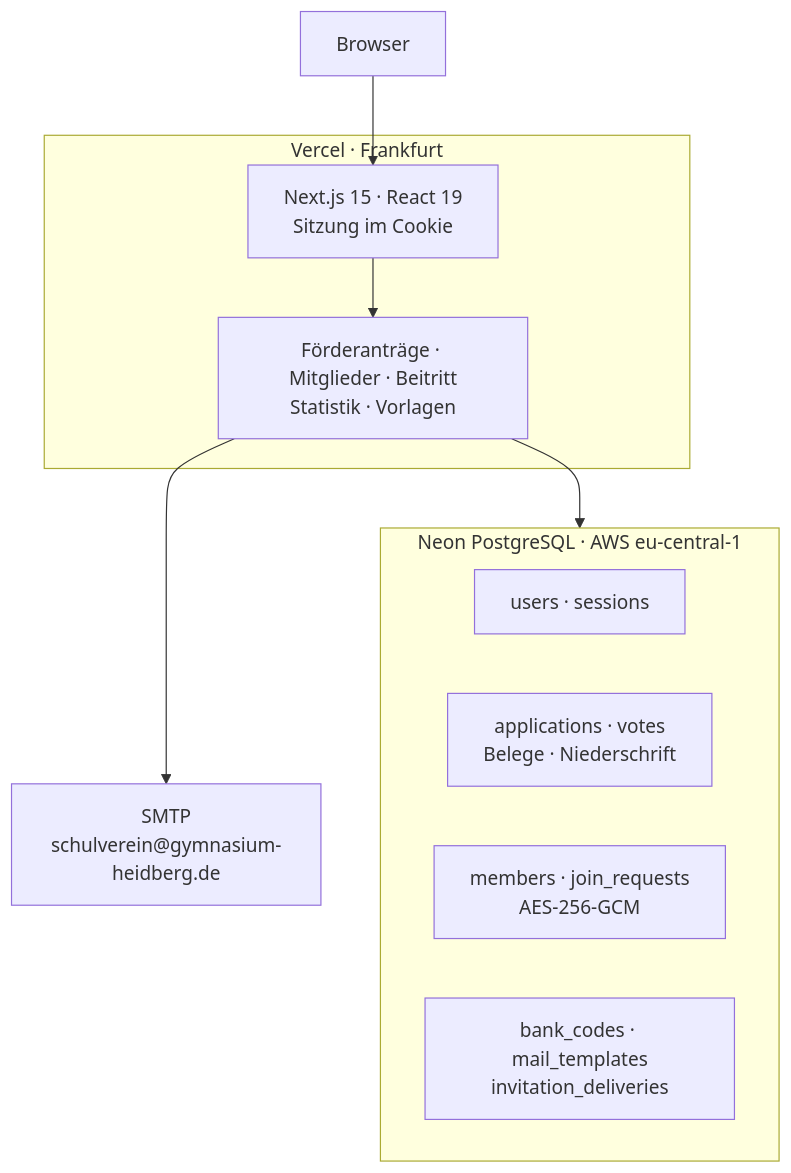
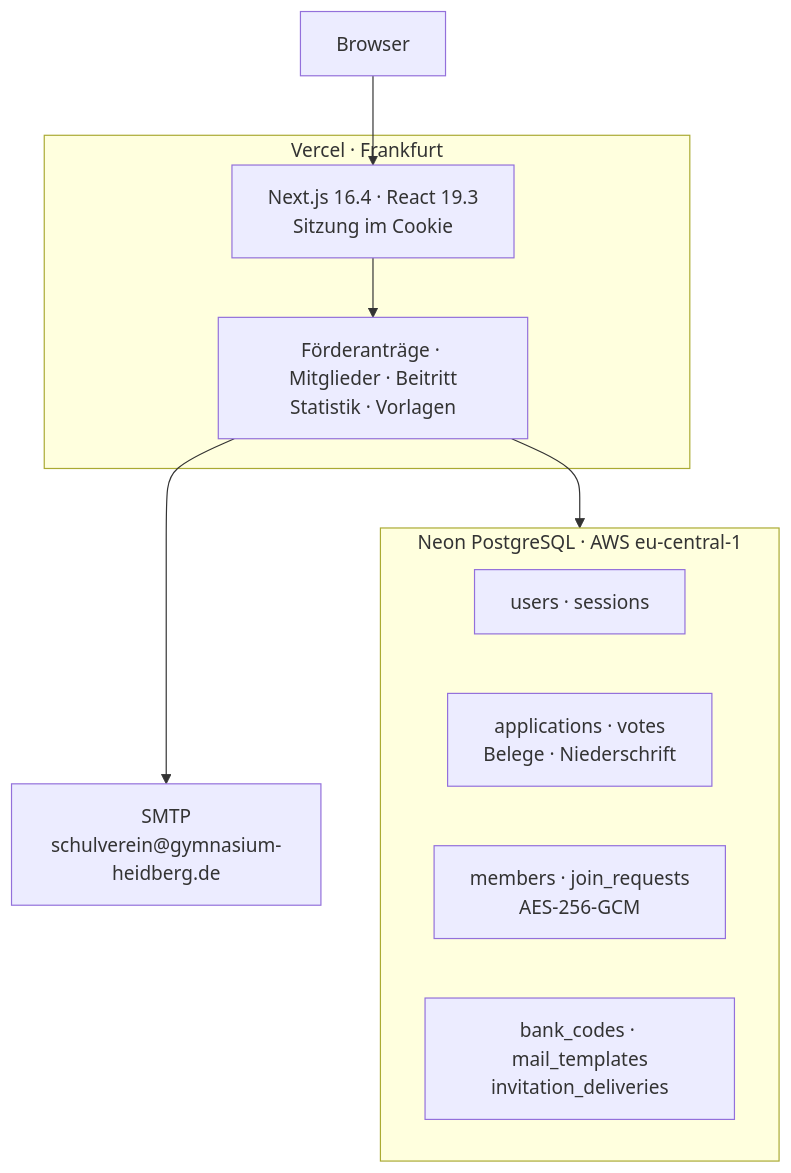
Before and after one commit to mariomuja/schulverein: the diagram in docs/architektur.mmd, drawn with Mermaid. The commit also changed 5 other files, not shown here.

Commit message:
Next.js, React, Bootstrap und pg stehen auf den aktuellen Versionen.

```diff
--- a/docs/architektur.mmd
+++ b/docs/architektur.mmd
@@ -1,18 +1,18 @@
 flowchart TB
   Browser["Browser"] --> App
 
   subgraph Vercel["Vercel · Frankfurt"]
-    App["Next.js 15 · React 19<br/>Sitzung im Cookie"]
+    App["Next.js 16.4 · React 19.3<br/>Sitzung im Cookie"]
     App --> Bereiche["Förderanträge · Mitglieder · Beitritt<br/>Statistik · Vorlagen"]
   end
 
   Bereiche --> Daten
   Bereiche --> Postfach["SMTP<br/>schulverein@gymnasium-heidberg.de"]
 
   subgraph Daten["Neon PostgreSQL · AWS eu-central-1"]
     direction LR
     Zugang["users · sessions"]
     Antraege["applications · votes<br/>Belege · Niederschrift"]
     Mitgliederdaten["members · join_requests<br/>AES-256-GCM"]
     Stamm["bank_codes · mail_templates<br/>invitation_deliveries"]
   end
```
